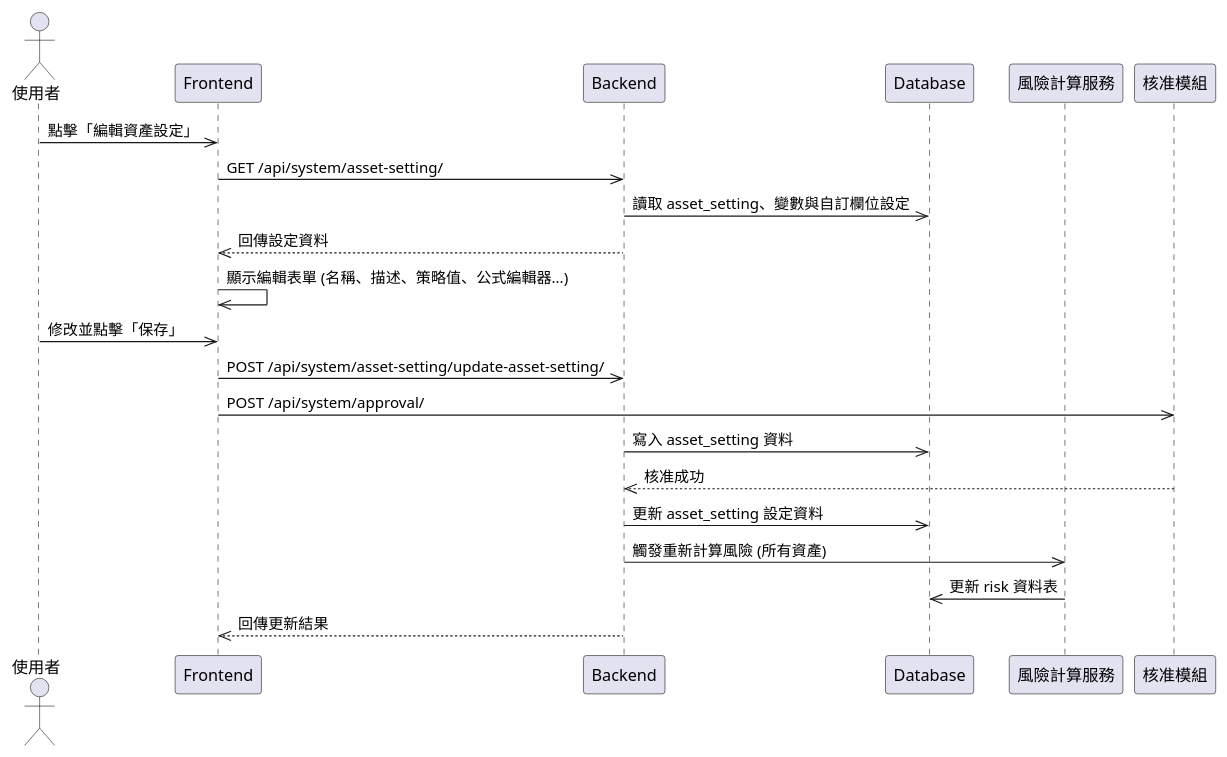
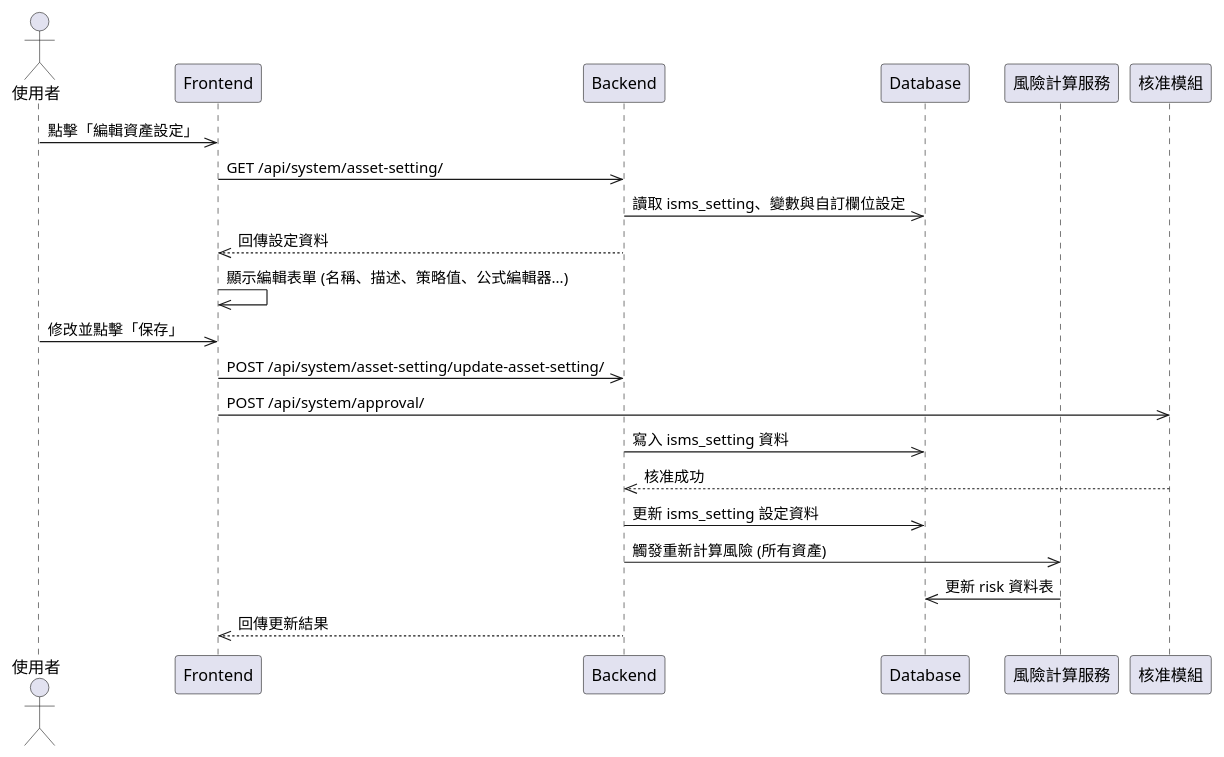
The diagram in plantUML/sequence/asset_setting_edit.puml (walle45611/NTUB_SecuManag_Diagram), drawn with PlantUML before and after one commit. The commit also changed 14 other files, not shown here.

```diff
--- a/plantUML/sequence/asset_setting_edit.puml
+++ b/plantUML/sequence/asset_setting_edit.puml
@@ -1,24 +1,24 @@
 @startuml
 
 actor User as "使用者"
 participant Frontend
 participant Backend
 participant Database
 participant Service as "風險計算服務"
 participant Approval as "核准模組"
 
 User ->> Frontend: 點擊「編輯資產設定」
 Frontend ->> Backend: GET /api/system/asset-setting/
-Backend ->> Database: 讀取 asset_setting、變數與自訂欄位設定
+Backend ->> Database: 讀取 isms_setting、變數與自訂欄位設定
 Backend -->> Frontend: 回傳設定資料
 Frontend ->> Frontend: 顯示編輯表單 (名稱、描述、策略值、公式編輯器...)
 User ->> Frontend: 修改並點擊「保存」
 Frontend ->> Backend: POST /api/system/asset-setting/update-asset-setting/
 Frontend ->> Approval: POST /api/system/approval/
-Backend ->> Database: 寫入 asset_setting 資料
+Backend ->> Database: 寫入 isms_setting 資料
 Approval-->>Backend: 核准成功
-Backend ->> Database: 更新 asset_setting 設定資料
+Backend ->> Database: 更新 isms_setting 設定資料
 Backend ->> Service: 觸發重新計算風險 (所有資產)
 Service ->> Database: 更新 risk 資料表
 Backend -->> Frontend: 回傳更新結果
 @enduml
```
